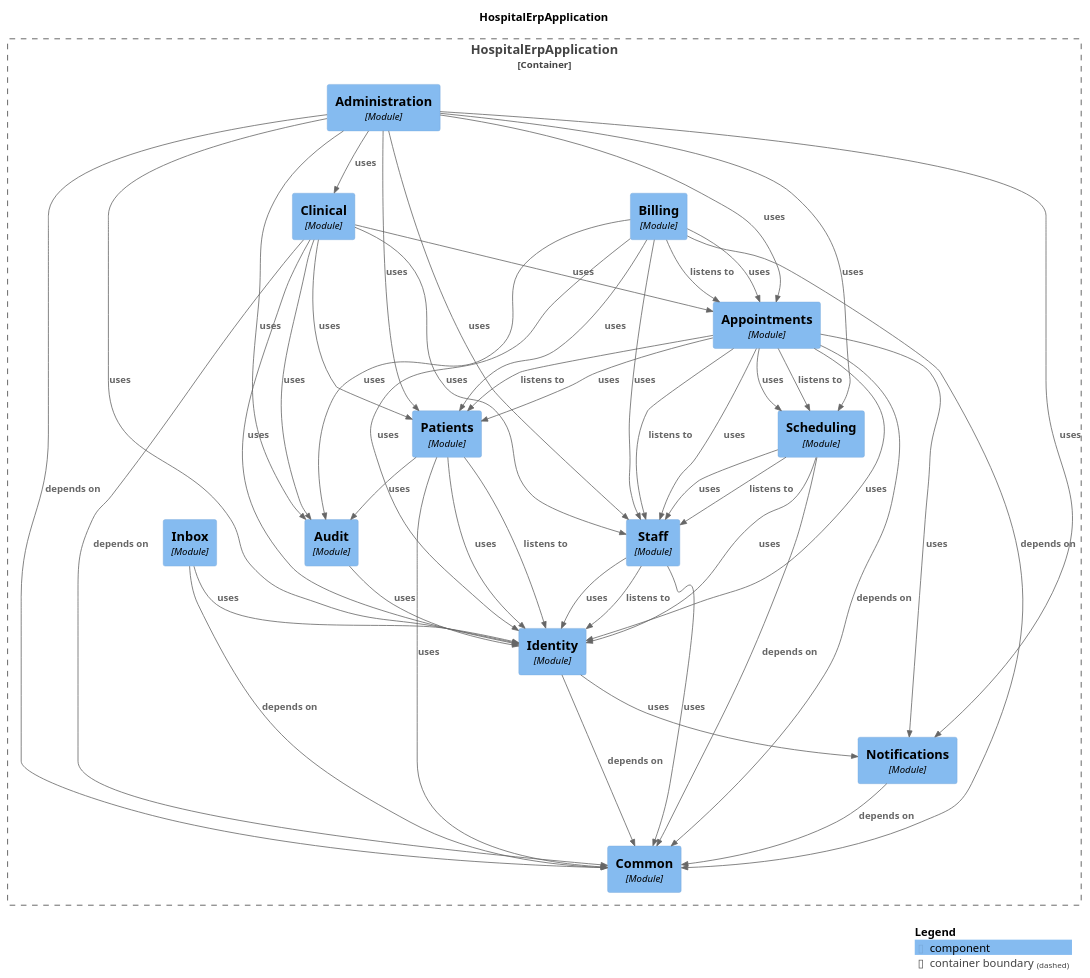
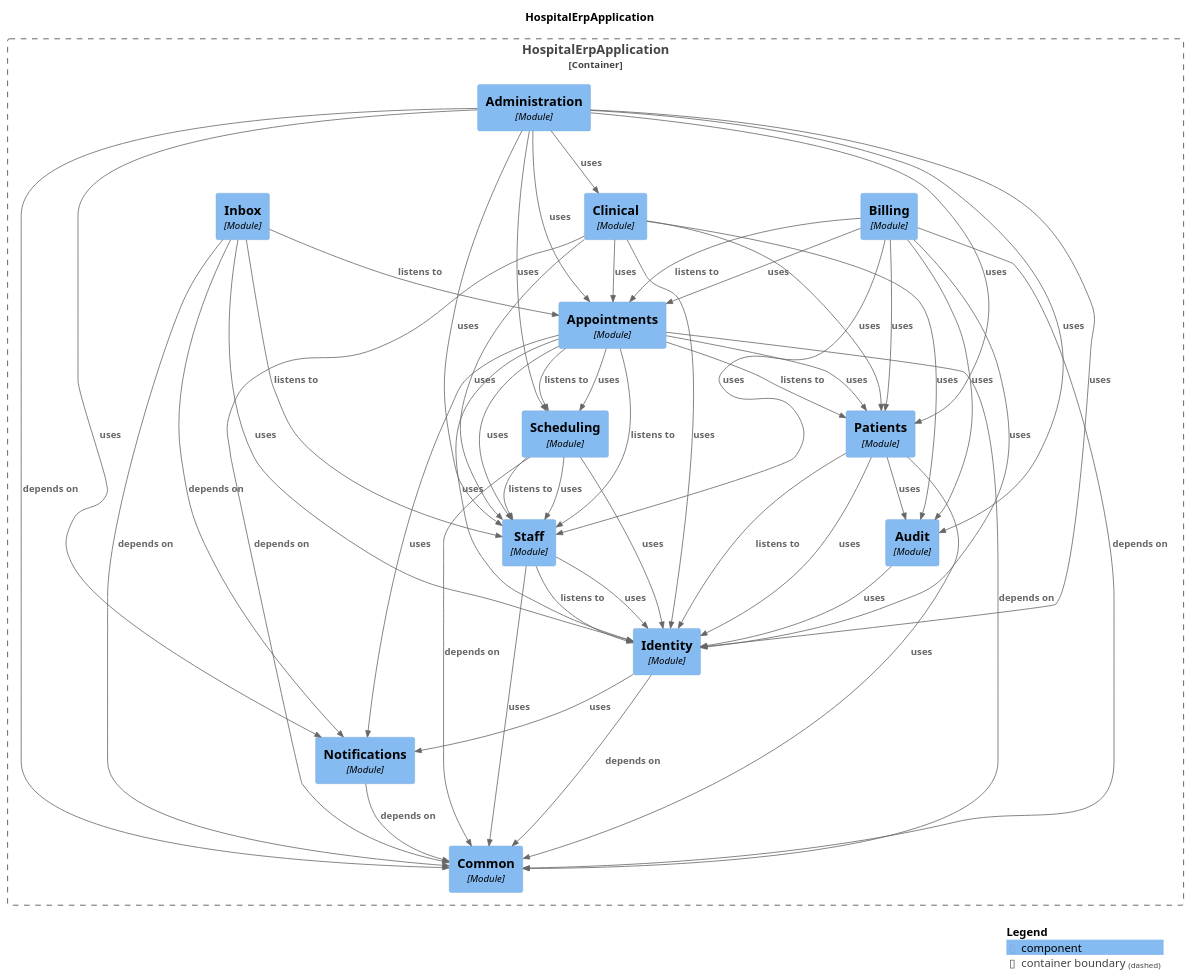
The diagram in docs/modules/components.puml (harshsharma5720/HospitalERP), drawn with PlantUML before and after one commit. The commit also changed 33 other files, not shown here.

```diff
--- a/docs/modules/components.puml
+++ b/docs/modules/components.puml
@@ -9,48 +9,21 @@
 !include <C4/C4_Component>
 
 Container_Boundary("HospitalErpApplication.HospitalErpApplication_boundary", "HospitalErpApplication", $tags="") {
-  Component(HospitalErpApplication.HospitalErpApplication.Scheduling, "Scheduling", $techn="Module", $descr="", $tags="", $link="")
   Component(HospitalErpApplication.HospitalErpApplication.Appointments, "Appointments", $techn="Module", $descr="", $tags="", $link="")
   Component(HospitalErpApplication.HospitalErpApplication.Billing, "Billing", $techn="Module", $descr="", $tags="", $link="")
   Component(HospitalErpApplication.HospitalErpApplication.Clinical, "Clinical", $techn="Module", $descr="", $tags="", $link="")
+  Component(HospitalErpApplication.HospitalErpApplication.Inbox, "Inbox", $techn="Module", $descr="", $tags="", $link="")
   Component(HospitalErpApplication.HospitalErpApplication.Administration, "Administration", $techn="Module", $descr="", $tags="", $link="")
   Component(HospitalErpApplication.HospitalErpApplication.Common, "Common", $techn="Module", $descr="", $tags="", $link="")
   Component(HospitalErpApplication.HospitalErpApplication.Notifications, "Notifications", $techn="Module", $descr="", $tags="", $link="")
   Component(HospitalErpApplication.HospitalErpApplication.Identity, "Identity", $techn="Module", $descr="", $tags="", $link="")
   Component(HospitalErpApplication.HospitalErpApplication.Audit, "Audit", $techn="Module", $descr="", $tags="", $link="")
-  Component(HospitalErpApplication.HospitalErpApplication.Inbox, "Inbox", $techn="Module", $descr="", $tags="", $link="")
   Component(HospitalErpApplication.HospitalErpApplication.Staff, "Staff", $techn="Module", $descr="", $tags="", $link="")
   Component(HospitalErpApplication.HospitalErpApplication.Patients, "Patients", $techn="Module", $descr="", $tags="", $link="")
+  Component(HospitalErpApplication.HospitalErpApplication.Scheduling, "Scheduling", $techn="Module", $descr="", $tags="", $link="")
 }
 
-Rel(HospitalErpApplication.HospitalErpApplication.Billing, HospitalErpApplication.HospitalErpApplication.Appointments, "listens to", $techn="", $tags="", $link="")
-Rel(HospitalErpApplication.HospitalErpApplication.Billing, HospitalErpApplication.HospitalErpApplication.Common, "depends on", $techn="", $tags="", $link="")
-Rel(HospitalErpApplication.HospitalErpApplication.Billing, HospitalErpApplication.HospitalErpApplication.Identity, "uses", $techn="", $tags="", $link="")
-Rel(HospitalErpApplication.HospitalErpApplication.Billing, HospitalErpApplication.HospitalErpApplication.Appointments, "uses", $techn="", $tags="", $link="")
-Rel(HospitalErpApplication.HospitalErpApplication.Billing, HospitalErpApplication.HospitalErpApplication.Audit, "uses", $techn="", $tags="", $link="")
-Rel(HospitalErpApplication.HospitalErpApplication.Billing, HospitalErpApplication.HospitalErpApplication.Staff, "uses", $techn="", $tags="", $link="")
-Rel(HospitalErpApplication.HospitalErpApplication.Billing, HospitalErpApplication.HospitalErpApplication.Patients, "uses", $techn="", $tags="", $link="")
-Rel(HospitalErpApplication.HospitalErpApplication.Notifications, HospitalErpApplication.HospitalErpApplication.Common, "depends on", $techn="", $tags="", $link="")
-Rel(HospitalErpApplication.HospitalErpApplication.Scheduling, HospitalErpApplication.HospitalErpApplication.Staff, "listens to", $techn="", $tags="", $link="")
-Rel(HospitalErpApplication.HospitalErpApplication.Scheduling, HospitalErpApplication.HospitalErpApplication.Common, "depends on", $techn="", $tags="", $link="")
-Rel(HospitalErpApplication.HospitalErpApplication.Scheduling, HospitalErpApplication.HospitalErpApplication.Staff, "uses", $techn="", $tags="", $link="")
-Rel(HospitalErpApplication.HospitalErpApplication.Scheduling, HospitalErpApplication.HospitalErpApplication.Identity, "uses", $techn="", $tags="", $link="")
-Rel(HospitalErpApplication.HospitalErpApplication.Patients, HospitalErpApplication.HospitalErpApplication.Identity, "listens to", $techn="", $tags="", $link="")
-Rel(HospitalErpApplication.HospitalErpApplication.Patients, HospitalErpApplication.HospitalErpApplication.Identity, "uses", $techn="", $tags="", $link="")
-Rel(HospitalErpApplication.HospitalErpApplication.Patients, HospitalErpApplication.HospitalErpApplication.Common, "uses", $techn="", $tags="", $link="")
 Rel(HospitalErpApplication.HospitalErpApplication.Patients, HospitalErpApplication.HospitalErpApplication.Audit, "uses", $techn="", $tags="", $link="")
-Rel(HospitalErpApplication.HospitalErpApplication.Audit, HospitalErpApplication.HospitalErpApplication.Identity, "uses", $techn="", $tags="", $link="")
-Rel(HospitalErpApplication.HospitalErpApplication.Inbox, HospitalErpApplication.HospitalErpApplication.Common, "depends on", $techn="", $tags="", $link="")
-Rel(HospitalErpApplication.HospitalErpApplication.Inbox, HospitalErpApplication.HospitalErpApplication.Identity, "uses", $techn="", $tags="", $link="")
-Rel(HospitalErpApplication.HospitalErpApplication.Staff, HospitalErpApplication.HospitalErpApplication.Identity, "listens to", $techn="", $tags="", $link="")
-Rel(HospitalErpApplication.HospitalErpApplication.Staff, HospitalErpApplication.HospitalErpApplication.Identity, "uses", $techn="", $tags="", $link="")
-Rel(HospitalErpApplication.HospitalErpApplication.Staff, HospitalErpApplication.HospitalErpApplication.Common, "uses", $techn="", $tags="", $link="")
-Rel(HospitalErpApplication.HospitalErpApplication.Clinical, HospitalErpApplication.HospitalErpApplication.Common, "depends on", $techn="", $tags="", $link="")
-Rel(HospitalErpApplication.HospitalErpApplication.Clinical, HospitalErpApplication.HospitalErpApplication.Appointments, "uses", $techn="", $tags="", $link="")
-Rel(HospitalErpApplication.HospitalErpApplication.Clinical, HospitalErpApplication.HospitalErpApplication.Staff, "uses", $techn="", $tags="", $link="")
-Rel(HospitalErpApplication.HospitalErpApplication.Clinical, HospitalErpApplication.HospitalErpApplication.Patients, "uses", $techn="", $tags="", $link="")
-Rel(HospitalErpApplication.HospitalErpApplication.Clinical, HospitalErpApplication.HospitalErpApplication.Identity, "uses", $techn="", $tags="", $link="")
-Rel(HospitalErpApplication.HospitalErpApplication.Clinical, HospitalErpApplication.HospitalErpApplication.Audit, "uses", $techn="", $tags="", $link="")
 Rel(HospitalErpApplication.HospitalErpApplication.Appointments, HospitalErpApplication.HospitalErpApplication.Staff, "listens to", $techn="", $tags="", $link="")
 Rel(HospitalErpApplication.HospitalErpApplication.Appointments, HospitalErpApplication.HospitalErpApplication.Patients, "listens to", $techn="", $tags="", $link="")
 Rel(HospitalErpApplication.HospitalErpApplication.Appointments, HospitalErpApplication.HospitalErpApplication.Scheduling, "listens to", $techn="", $tags="", $link="")
@@ -62,6 +35,10 @@
 Rel(HospitalErpApplication.HospitalErpApplication.Appointments, HospitalErpApplication.HospitalErpApplication.Notifications, "uses", $techn="", $tags="", $link="")
 Rel(HospitalErpApplication.HospitalErpApplication.Identity, HospitalErpApplication.HospitalErpApplication.Common, "depends on", $techn="", $tags="", $link="")
 Rel(HospitalErpApplication.HospitalErpApplication.Identity, HospitalErpApplication.HospitalErpApplication.Notifications, "uses", $techn="", $tags="", $link="")
+Rel(HospitalErpApplication.HospitalErpApplication.Scheduling, HospitalErpApplication.HospitalErpApplication.Staff, "listens to", $techn="", $tags="", $link="")
+Rel(HospitalErpApplication.HospitalErpApplication.Scheduling, HospitalErpApplication.HospitalErpApplication.Common, "depends on", $techn="", $tags="", $link="")
+Rel(HospitalErpApplication.HospitalErpApplication.Scheduling, HospitalErpApplication.HospitalErpApplication.Staff, "uses", $techn="", $tags="", $link="")
+Rel(HospitalErpApplication.HospitalErpApplication.Scheduling, HospitalErpApplication.HospitalErpApplication.Identity, "uses", $techn="", $tags="", $link="")
 Rel(HospitalErpApplication.HospitalErpApplication.Administration, HospitalErpApplication.HospitalErpApplication.Common, "depends on", $techn="", $tags="", $link="")
 Rel(HospitalErpApplication.HospitalErpApplication.Administration, HospitalErpApplication.HospitalErpApplication.Identity, "uses", $techn="", $tags="", $link="")
 Rel(HospitalErpApplication.HospitalErpApplication.Administration, HospitalErpApplication.HospitalErpApplication.Patients, "uses", $techn="", $tags="", $link="")
@@ -71,6 +48,32 @@
 Rel(HospitalErpApplication.HospitalErpApplication.Administration, HospitalErpApplication.HospitalErpApplication.Notifications, "uses", $techn="", $tags="", $link="")
 Rel(HospitalErpApplication.HospitalErpApplication.Administration, HospitalErpApplication.HospitalErpApplication.Clinical, "uses", $techn="", $tags="", $link="")
 Rel(HospitalErpApplication.HospitalErpApplication.Administration, HospitalErpApplication.HospitalErpApplication.Scheduling, "uses", $techn="", $tags="", $link="")
+Rel(HospitalErpApplication.HospitalErpApplication.Billing, HospitalErpApplication.HospitalErpApplication.Appointments, "listens to", $techn="", $tags="", $link="")
+Rel(HospitalErpApplication.HospitalErpApplication.Billing, HospitalErpApplication.HospitalErpApplication.Common, "depends on", $techn="", $tags="", $link="")
+Rel(HospitalErpApplication.HospitalErpApplication.Billing, HospitalErpApplication.HospitalErpApplication.Identity, "uses", $techn="", $tags="", $link="")
+Rel(HospitalErpApplication.HospitalErpApplication.Billing, HospitalErpApplication.HospitalErpApplication.Appointments, "uses", $techn="", $tags="", $link="")
+Rel(HospitalErpApplication.HospitalErpApplication.Billing, HospitalErpApplication.HospitalErpApplication.Audit, "uses", $techn="", $tags="", $link="")
+Rel(HospitalErpApplication.HospitalErpApplication.Billing, HospitalErpApplication.HospitalErpApplication.Staff, "uses", $techn="", $tags="", $link="")
+Rel(HospitalErpApplication.HospitalErpApplication.Billing, HospitalErpApplication.HospitalErpApplication.Patients, "uses", $techn="", $tags="", $link="")
+Rel(HospitalErpApplication.HospitalErpApplication.Notifications, HospitalErpApplication.HospitalErpApplication.Common, "depends on", $techn="", $tags="", $link="")
+Rel(HospitalErpApplication.HospitalErpApplication.Clinical, HospitalErpApplication.HospitalErpApplication.Common, "depends on", $techn="", $tags="", $link="")
+Rel(HospitalErpApplication.HospitalErpApplication.Clinical, HospitalErpApplication.HospitalErpApplication.Appointments, "uses", $techn="", $tags="", $link="")
+Rel(HospitalErpApplication.HospitalErpApplication.Clinical, HospitalErpApplication.HospitalErpApplication.Staff, "uses", $techn="", $tags="", $link="")
+Rel(HospitalErpApplication.HospitalErpApplication.Clinical, HospitalErpApplication.HospitalErpApplication.Patients, "uses", $techn="", $tags="", $link="")
+Rel(HospitalErpApplication.HospitalErpApplication.Clinical, HospitalErpApplication.HospitalErpApplication.Identity, "uses", $techn="", $tags="", $link="")
+Rel(HospitalErpApplication.HospitalErpApplication.Clinical, HospitalErpApplication.HospitalErpApplication.Audit, "uses", $techn="", $tags="", $link="")
+Rel(HospitalErpApplication.HospitalErpApplication.Inbox, HospitalErpApplication.HospitalErpApplication.Staff, "listens to", $techn="", $tags="", $link="")
+Rel(HospitalErpApplication.HospitalErpApplication.Inbox, HospitalErpApplication.HospitalErpApplication.Appointments, "listens to", $techn="", $tags="", $link="")
+Rel(HospitalErpApplication.HospitalErpApplication.Inbox, HospitalErpApplication.HospitalErpApplication.Common, "depends on", $techn="", $tags="", $link="")
+Rel(HospitalErpApplication.HospitalErpApplication.Inbox, HospitalErpApplication.HospitalErpApplication.Notifications, "depends on", $techn="", $tags="", $link="")
+Rel(HospitalErpApplication.HospitalErpApplication.Inbox, HospitalErpApplication.HospitalErpApplication.Identity, "uses", $techn="", $tags="", $link="")
+Rel(HospitalErpApplication.HospitalErpApplication.Audit, HospitalErpApplication.HospitalErpApplication.Identity, "uses", $techn="", $tags="", $link="")
+Rel(HospitalErpApplication.HospitalErpApplication.Staff, HospitalErpApplication.HospitalErpApplication.Identity, "listens to", $techn="", $tags="", $link="")
+Rel(HospitalErpApplication.HospitalErpApplication.Staff, HospitalErpApplication.HospitalErpApplication.Identity, "uses", $techn="", $tags="", $link="")
+Rel(HospitalErpApplication.HospitalErpApplication.Staff, HospitalErpApplication.HospitalErpApplication.Common, "uses", $techn="", $tags="", $link="")
+Rel(HospitalErpApplication.HospitalErpApplication.Patients, HospitalErpApplication.HospitalErpApplication.Identity, "listens to", $techn="", $tags="", $link="")
+Rel(HospitalErpApplication.HospitalErpApplication.Patients, HospitalErpApplication.HospitalErpApplication.Identity, "uses", $techn="", $tags="", $link="")
+Rel(HospitalErpApplication.HospitalErpApplication.Patients, HospitalErpApplication.HospitalErpApplication.Common, "uses", $techn="", $tags="", $link="")
 
 SHOW_LEGEND(true)
 @enduml
```
